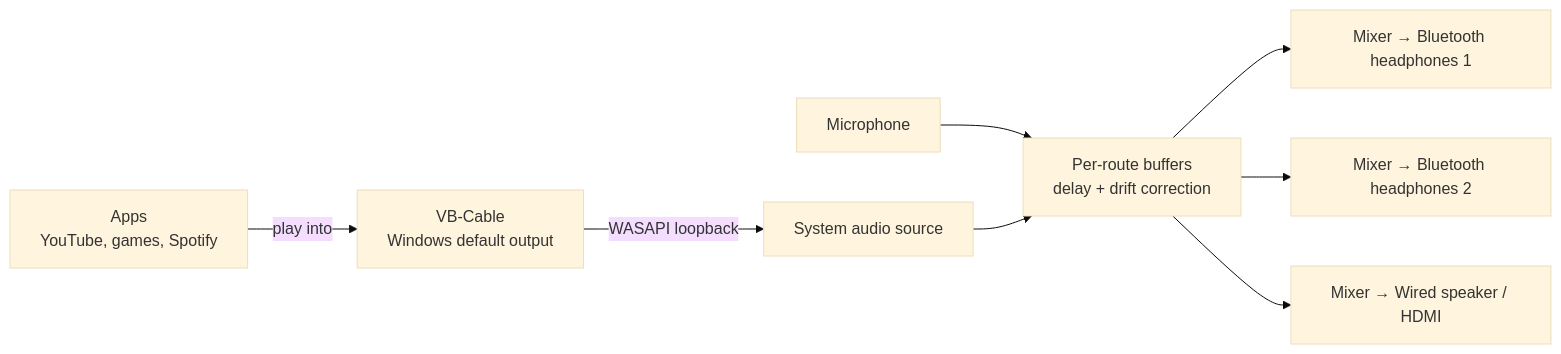
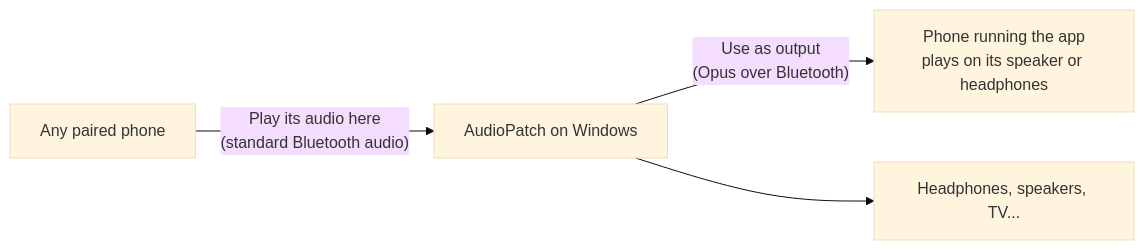
The diagram in README.md (samay312006/AudioPatch), drawn with Mermaid (base theme) before and after one commit. The commit also changed other lines of this file and 7 other files, not shown here.

````diff
--- a/README.md
+++ b/README.md
@@ -169,10 +42,7 @@
 ```mermaid
 flowchart LR
-    A[Apps<br/>YouTube, games, Spotify] -->|play into| B[VB-Cable<br/>Windows default output]
-    B -->|WASAPI loopback| C[System audio source]
-    M[Microphone] --> D
-    C --> D[Per-route buffers<br/>delay + drift correction]
-    D --> E1[Mixer → Bluetooth headphones 1]
-    D --> E2[Mixer → Bluetooth headphones 2]
-    D --> E3[Mixer → Wired speaker / HDMI]
+    PC[AudioPatch on Windows]
+    PC -->|"Use as output<br/>(Opus over Bluetooth)"| A[Phone running the app<br/>plays on its speaker or headphones]
+    B[Any paired phone] -->|"Play its audio here<br/>(standard Bluetooth audio)"| PC
+    PC --> H[Headphones, speakers, TV...]
 ```
````
